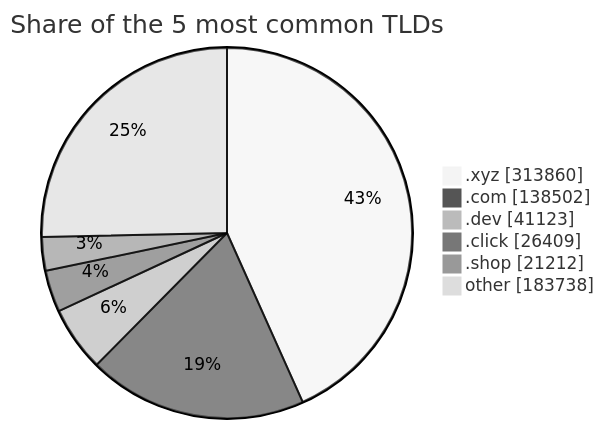
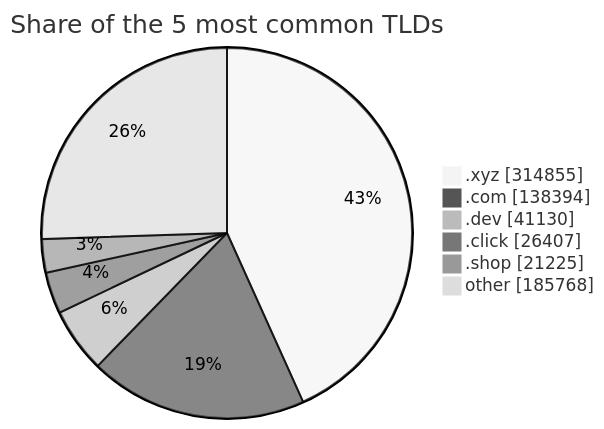
The third of 3 diagrams in README.md (DNSBunker/CTI), drawn with Mermaid (neutral theme) before and after one commit. The commit also changed other lines of this file and 3 other files, not shown here.

````diff
--- a/README.md
+++ b/README.md
@@ -81,9 +81,9 @@
 ```mermaid
 pie showData title Share of the 5 most common TLDs
-    ".xyz" : 313860
-    ".com" : 138502
-    ".dev" : 41123
-    ".click" : 26409
-    ".shop" : 21212
-    "other" : 183738
+    ".xyz" : 314855
+    ".com" : 138394
+    ".dev" : 41130
+    ".click" : 26407
+    ".shop" : 21225
+    "other" : 185768
 ```
````
